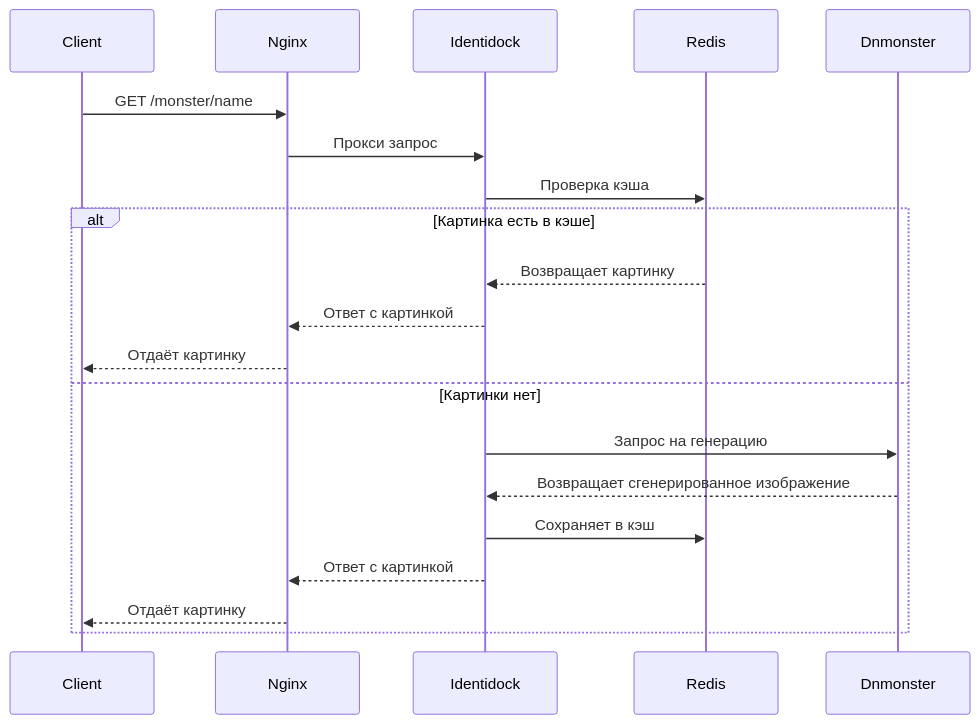
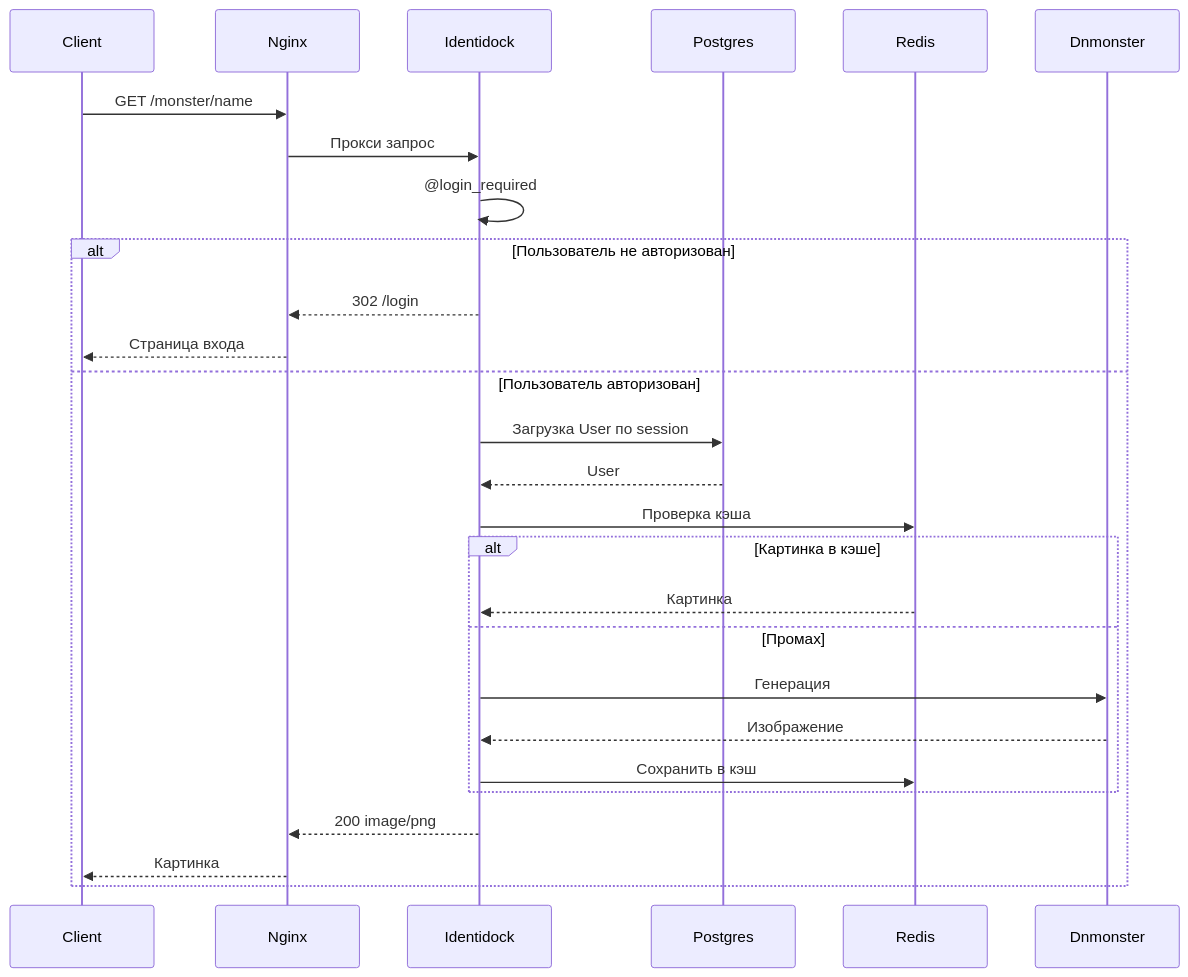
One commit to Tumanyanchik/identidock changed the first of 2 diagrams in README.md. Above: the diagram before and after it, drawn with Mermaid. The commit also changed other lines of this file and 6 other files, not shown here.

Commit message:
Add: login required

````diff
--- a/README.md
+++ b/README.md
@@ -90,23 +91,31 @@
 ```mermaid
 sequenceDiagram
     participant Client
     participant Nginx
     participant Identidock
+    participant Postgres
     participant Redis
     participant Dnmonster
 
     Client->>Nginx: GET /monster/name
     Nginx->>Identidock: Прокси запрос
-    Identidock->>Redis: Проверка кэша
-    alt Картинка есть в кэше
-        Redis-->>Identidock: Возвращает картинку
-        Identidock-->>Nginx: Ответ с картинкой
-        Nginx-->>Client: Отдаёт картинку
-    else Картинки нет
-        Identidock->>Dnmonster: Запрос на генерацию
-        Dnmonster-->>Identidock: Возвращает сгенерированное изображение
-        Identidock->>Redis: Сохраняет в кэш
-        Identidock-->>Nginx: Ответ с картинкой
-        Nginx-->>Client: Отдаёт картинку
+    Identidock->>Identidock: @login_required
+
+    alt Пользователь не авторизован
+        Identidock-->>Nginx: 302 /login
+        Nginx-->>Client: Страница входа
+    else Пользователь авторизован
+        Identidock->>Postgres: Загрузка User по session
+        Postgres-->>Identidock: User
+        Identidock->>Redis: Проверка кэша
+        alt Картинка в кэше
+            Redis-->>Identidock: Картинка
+        else Промах
+            Identidock->>Dnmonster: Генерация
+            Dnmonster-->>Identidock: Изображение
+            Identidock->>Redis: Сохранить в кэш
+        end
+        Identidock-->>Nginx: 200 image/png
+        Nginx-->>Client: Картинка
     end
 ```
````
